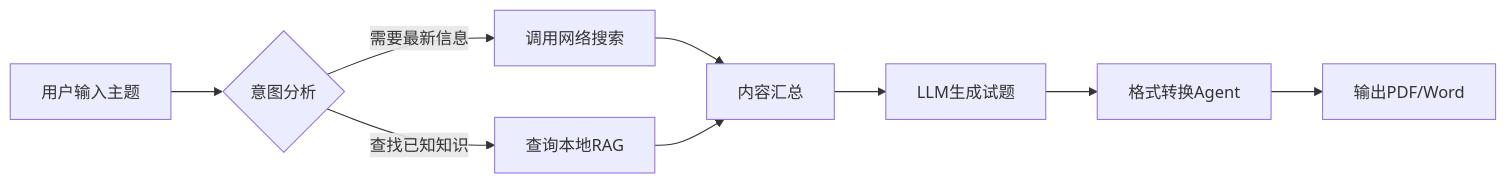
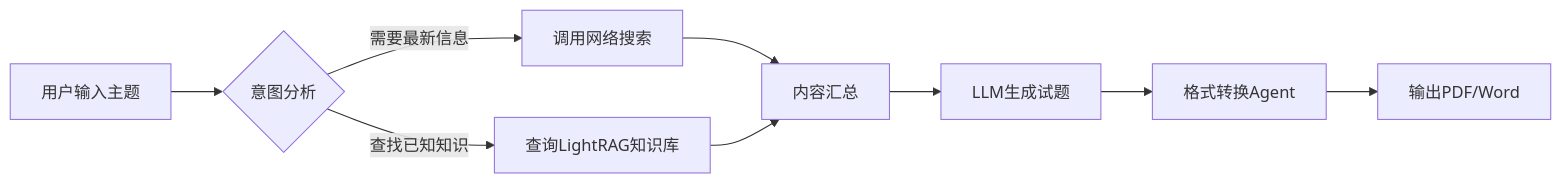
The first of 2 diagrams in README.md (abaiar/Teacher_Assistant_AI), drawn with Mermaid before and after one commit. The commit also changed other lines of this file, not shown here.

````diff
--- a/README.md
+++ b/README.md
@@ -71,11 +77,11 @@
 ```mermaid
 graph LR
     A[用户输入主题] --> B{意图分析}
     B -->|需要最新信息| C[调用网络搜索]
-    B -->|查找已知知识| D[查询本地RAG]
+    B -->|查找已知知识| D[查询LightRAG知识库]
     C --> E[内容汇总]
     D --> E
     E --> F[LLM生成试题]
     F --> G[格式转换Agent]
     G --> H[输出PDF/Word]
 ```
````
